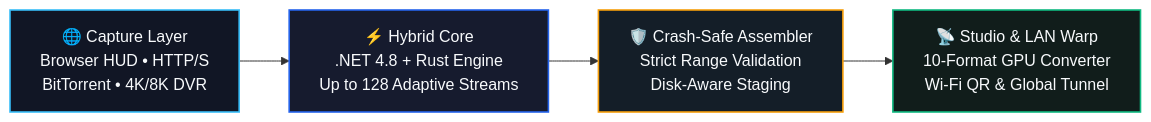
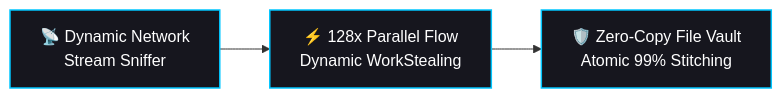
The diagram in README.md (UacoderSYS/Nyxor-Download-Manager), drawn with Mermaid before and after one commit. The commit also changed other lines of this file, not shown here.

````diff
--- a/README.md
+++ b/README.md
@@ -38,11 +61,17 @@
 ```mermaid
+
 graph LR
-    A["🌐 Capture Layer<br/>Browser HUD • HTTP/S<br/>BitTorrent • 4K/8K DVR"] --> B["⚡ Hybrid Core<br/>.NET 4.8 + Rust Engine<br/>Up to 128 Adaptive Streams"]
-    B --> C["🛡️ Crash-Safe Assembler<br/>Strict Range Validation<br/>Disk-Aware Staging"]
-    C --> D["📡 Studio & LAN Warp<br/>10-Format GPU Converter<br/>Wi-Fi QR & Global Tunnel"]
 
-    style A fill:#111625,stroke:#38BDF8,stroke-width:1.6px,color:#F8FAFC
-    style B fill:#161B2E,stroke:#2563EB,stroke-width:1.6px,color:#F8FAFC
-    style C fill:#141E28,stroke:#F59E0B,stroke-width:1.6px,color:#F8FAFC
-    style D fill:#111D1B,stroke:#10B981,stroke-width:1.6px,color:#F8FAFC
+A["📡 Dynamic Network<br/>Stream Sniffer"] --> B["⚡ 128x Parallel Flow<br/>Dynamic WorkStealing"]
+
+B --> C["🛡️ Zero-Copy File Vault<br/>Atomic 99% Stitching"]
+
+
+
+style A fill:#16161e,stroke:#00C6FF,stroke-width:1.5px,color:#ffffff
+
+style B fill:#16161e,stroke:#00C6FF,stroke-width:1.5px,color:#ffffff
+
+style C fill:#16161e,stroke:#00C6FF,stroke-width:1.5px,color:#ffffff
+
 ```
````
